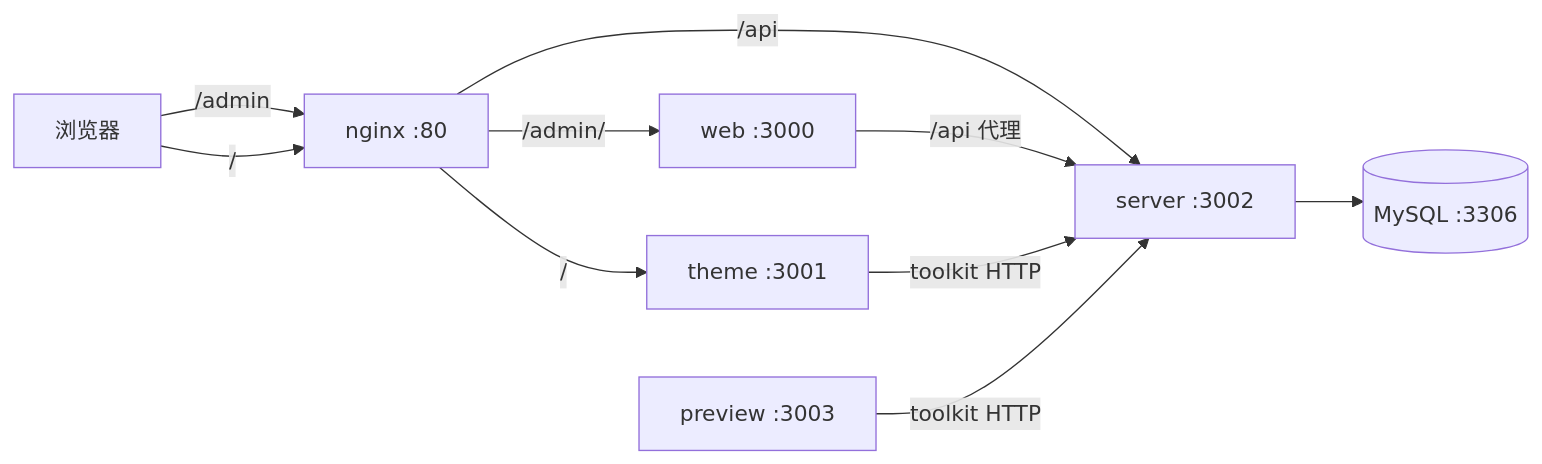
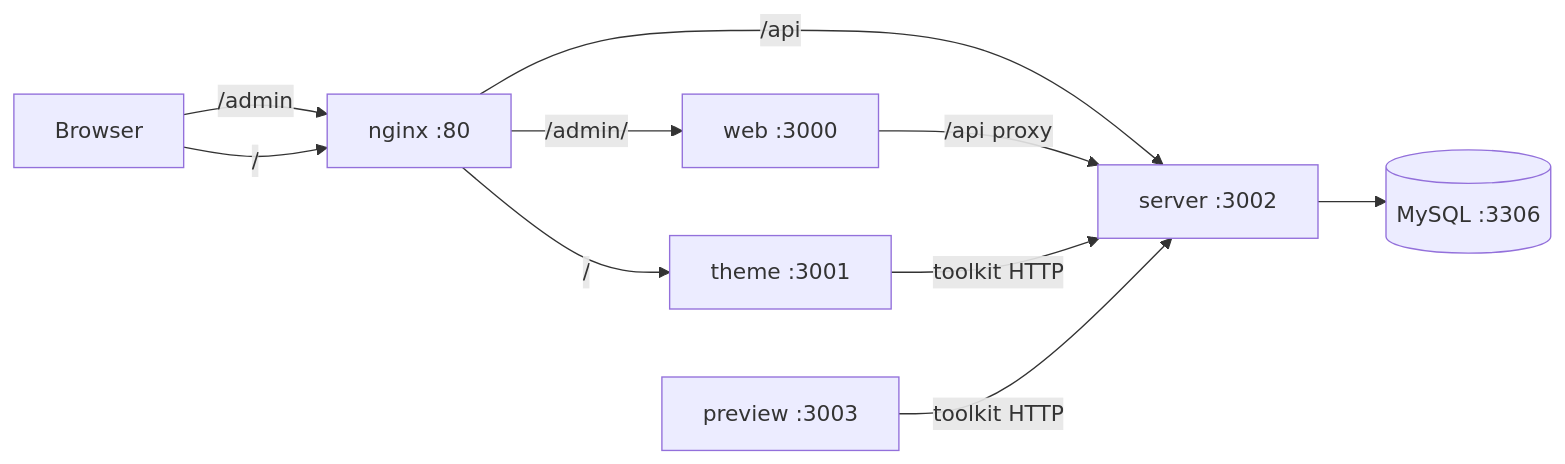
Before and after one commit to fecommunity/reactpress: the third of 8 diagrams in ARCHITECTURE.md, drawn with Mermaid. The commit also changed other lines of this file and 4 other files, not shown here.

Commit message:
docs: merge design.md into ARCHITECTURE.md, update content structure and enhance clarity for ReactPress 4.0 documentation

````diff
--- a/ARCHITECTURE.md
+++ b/ARCHITECTURE.md
@@ -165,20 +222,20 @@
 ```mermaid
 flowchart LR
-  Browser["浏览器"]
+  Browser["Browser"]
   Nginx["nginx :80"]
   Web["web :3000"]
   Theme["theme :3001"]
   Preview["preview :3003"]
   API["server :3002"]
   DB[(MySQL :3306)]
 
   Browser -->|"/admin"| Nginx
   Browser -->|"/"| Nginx
   Nginx -->|"/admin/"| Web
   Nginx -->|"/"| Theme
   Nginx -->|"/api"| API
-  Web -->|"/api 代理"| API
+  Web -->|"/api proxy"| API
   Theme -->|toolkit HTTP| API
   Preview -->|toolkit HTTP| API
   API --> DB
 ```
````
